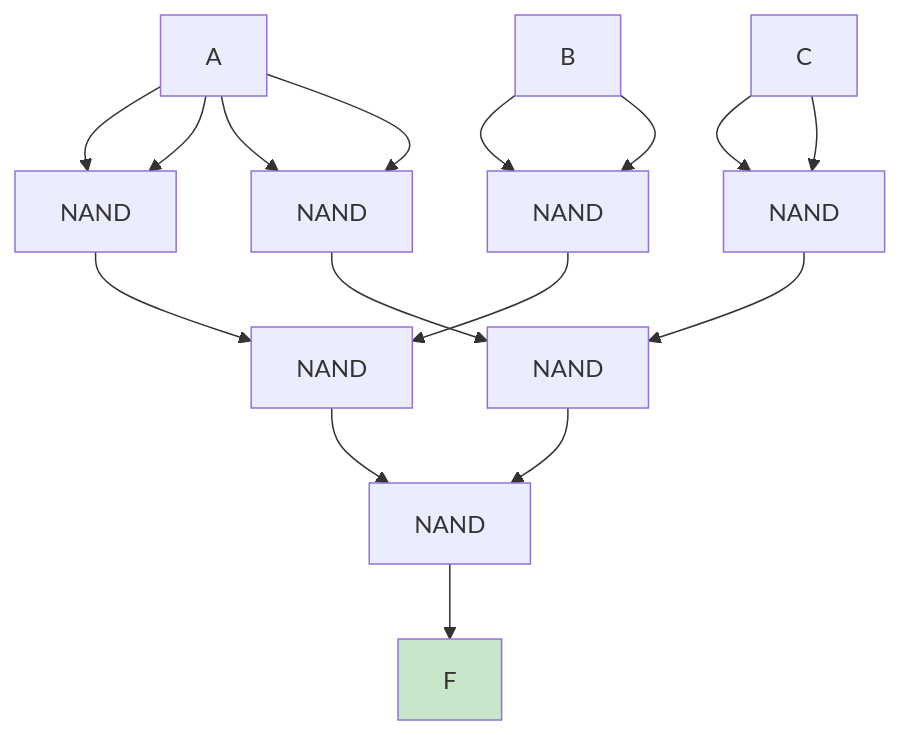
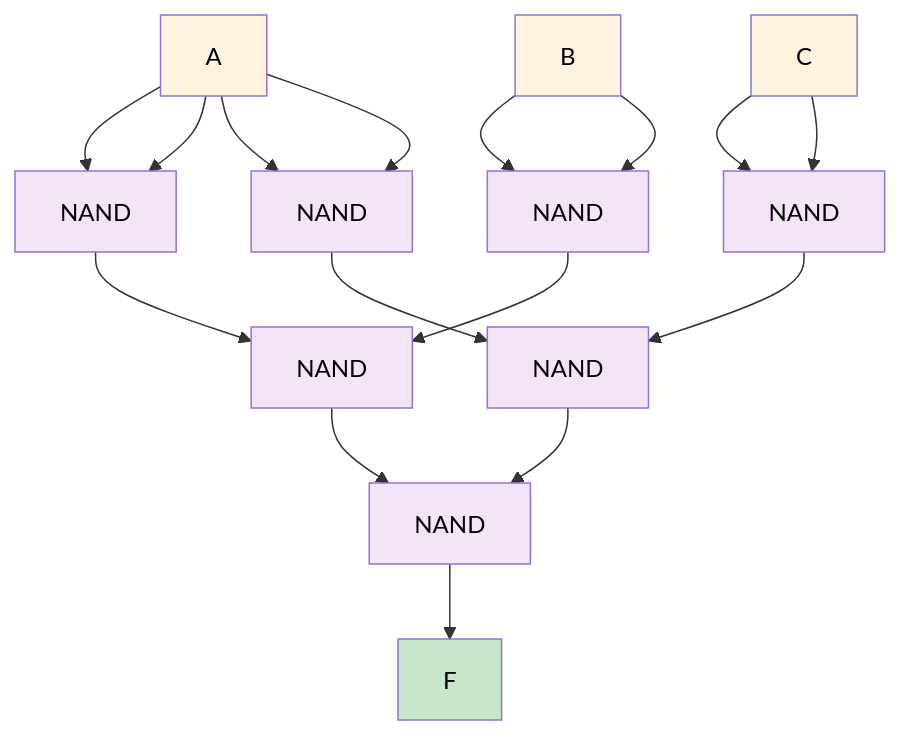
One commit to Yxiang-828/Yxiang-828.github.io changed diagram 22 of 32 in ee2026/lect/L2 lecture notes/EE2026_Week_2_Boolean_Logic_Visual_Guide.md. Above: the diagram before and after it, drawn with Mermaid. The commit also changed other lines of this file, not shown here.

````diff
--- a/ee2026/lect/L2 lecture notes/EE2026_Week_2_Boolean_Logic_Visual_Guide.md
+++ b/ee2026/lect/L2 lecture notes/EE2026_Week_2_Boolean_Logic_Visual_Guide.md
@@ -548,24 +572,34 @@
 ```mermaid
 graph TD
     A[A] --> NAND1[NAND]
     A --> NAND1
     NAND1 --> NAND3[NAND]
     
     B[B] --> NAND2[NAND]
     B --> NAND2
     NAND2 --> NAND3
     
     A --> NAND4[NAND]
     A --> NAND4
     NAND4 --> NAND6[NAND]
     
     C[C] --> NAND5[NAND]
     C --> NAND5
     NAND5 --> NAND6
     
     NAND3 --> NAND7[NAND]
     NAND6 --> NAND7
     NAND7 --> F[F]
     
-    style F fill:#c8e6c9
+    style F fill:#c8e6c9,color:#000
+    style NAND1 fill:#f3e5f5,color:#000
+    style NAND2 fill:#f3e5f5,color:#000
+    style NAND3 fill:#f3e5f5,color:#000
+    style NAND4 fill:#f3e5f5,color:#000
+    style NAND5 fill:#f3e5f5,color:#000
+    style NAND6 fill:#f3e5f5,color:#000
+    style NAND7 fill:#f3e5f5,color:#000
+    style A fill:#fff3e0,color:#000
+    style B fill:#fff3e0,color:#000
+    style C fill:#fff3e0,color:#000
 ```
````
